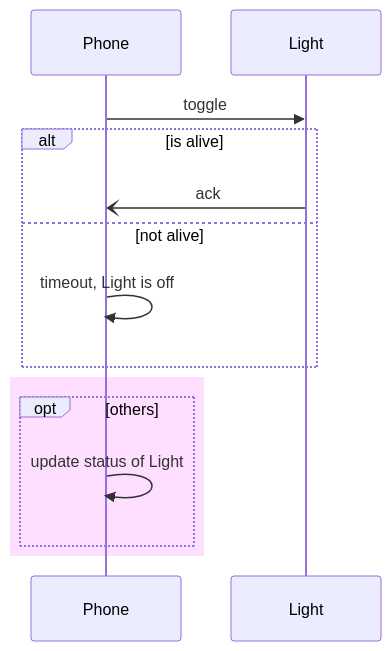
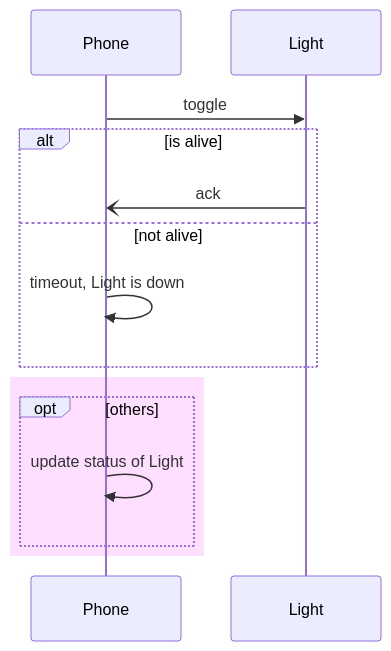
One commit to lankahsu520/HelperX changed diagram 33 of 38 in helper_MarkDown.md. Above: the diagram before and after it, drawn with Mermaid. The commit also changed other lines of this file, not shown here.

Commit message:
update helper_MarkDown.md, 5.4. Mindmap

````diff
--- a/helper_MarkDown.md
+++ b/helper_MarkDown.md
@@ -1065,18 +1069,18 @@
 ```mermaid
 sequenceDiagram
 	participant Phone
 	participant Light
 
 	Phone->>Light: toggle
 	alt is alive
 		Light-)Phone: ack
 	else not alive
-		Phone->>Phone: timeout, Light is off
+		Phone->>Phone: timeout, Light is down
 	end
 
 	rect rgb(255, 223, 255)
 	opt others
 		Phone->>Phone: update status of Light
 	end
 	end
 ```
````
